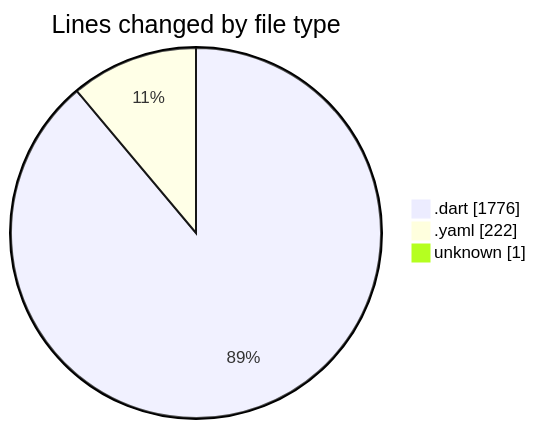
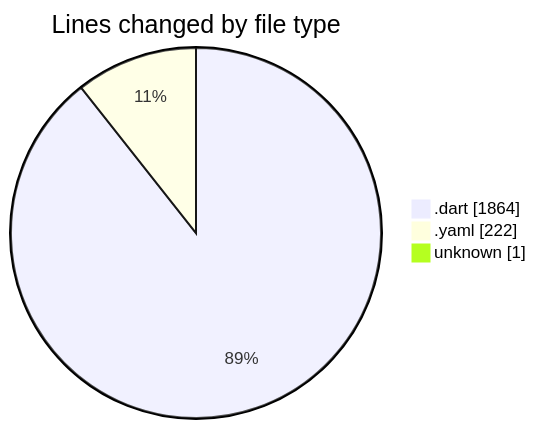
One commit to donsfak/code-tracking changed the first of 2 diagrams in 2025-03-08/uber_clone/README.md. Above: the diagram before and after it, drawn with Mermaid. The commit also changed other lines of this file and 1 other file, not shown here.

````diff
--- a/2025-03-08/uber_clone/README.md
+++ b/2025-03-08/uber_clone/README.md
@@ -24,7 +24,7 @@
 ```mermaid
 pie showData
 title Lines changed by file type
-".dart" : 1776
+".dart" : 1864
 ".yaml" : 222
 "unknown" : 1
 ```
````
